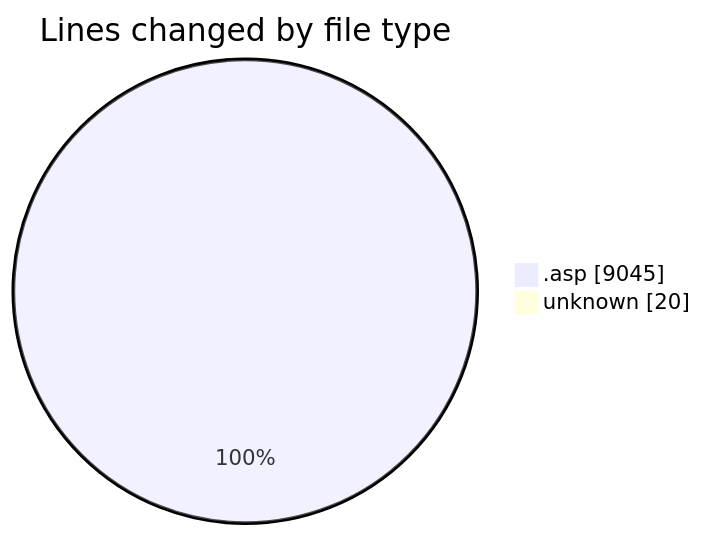
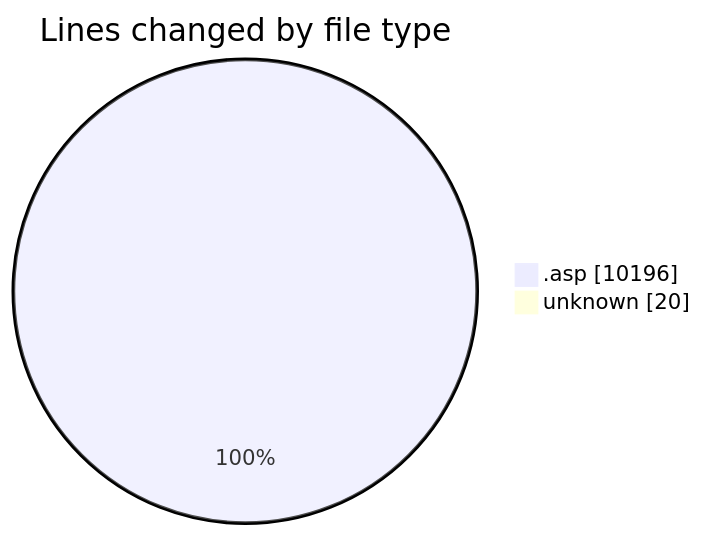
The first of 2 diagrams in 2025-10-27/cdp_aleoudev_fr__workspace_/README.md (julien-gomy/code-tracking), drawn with Mermaid before and after one commit. The commit also changed other lines of this file and 1 other file, not shown here.

````diff
--- a/2025-10-27/cdp_aleoudev_fr__workspace_/README.md
+++ b/2025-10-27/cdp_aleoudev_fr__workspace_/README.md
@@ -30,6 +31,6 @@
 ```mermaid
 pie showData
 title Lines changed by file type
-".asp" : 9045
+".asp" : 10196
 "unknown" : 20
 ```
````
